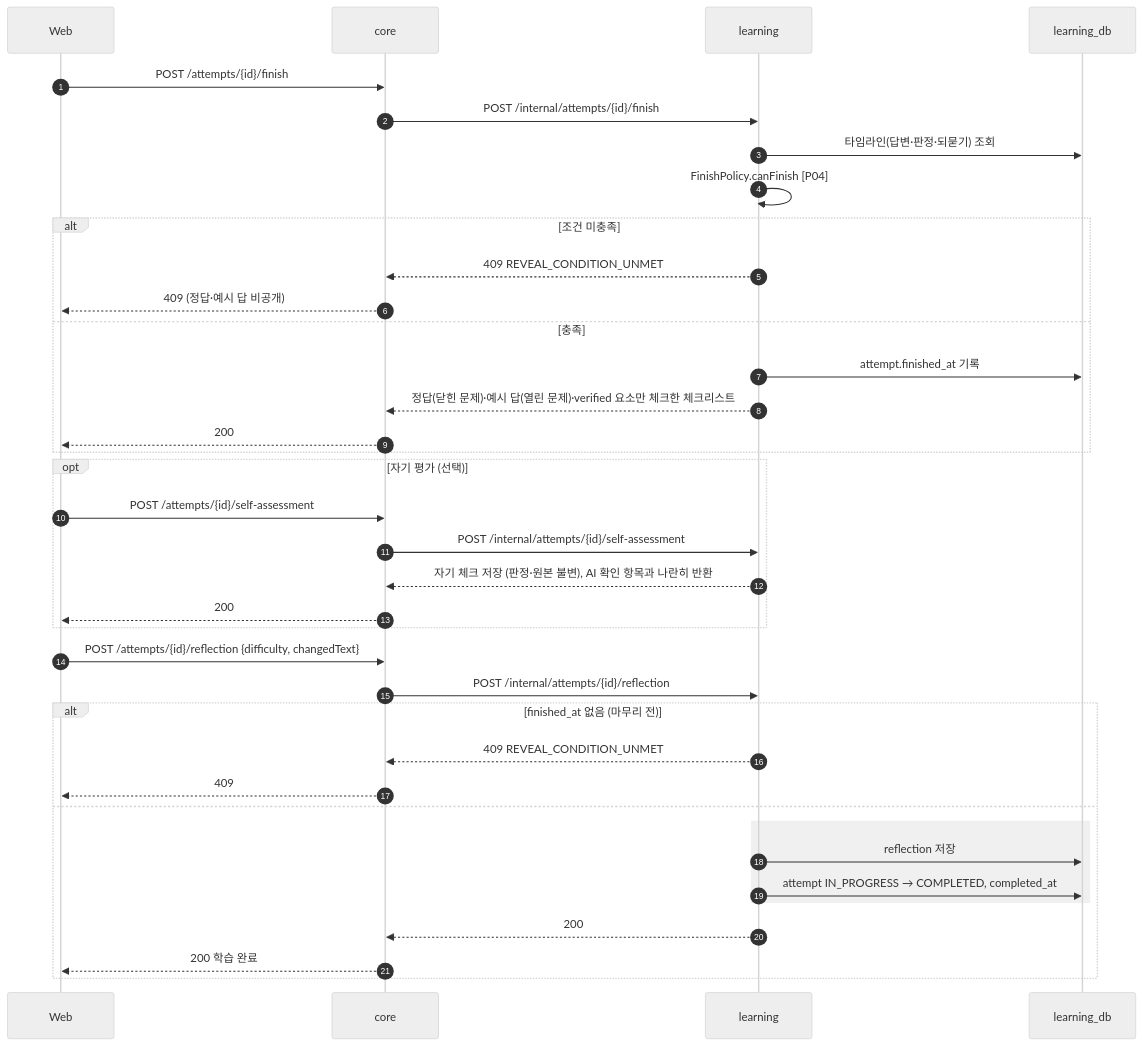
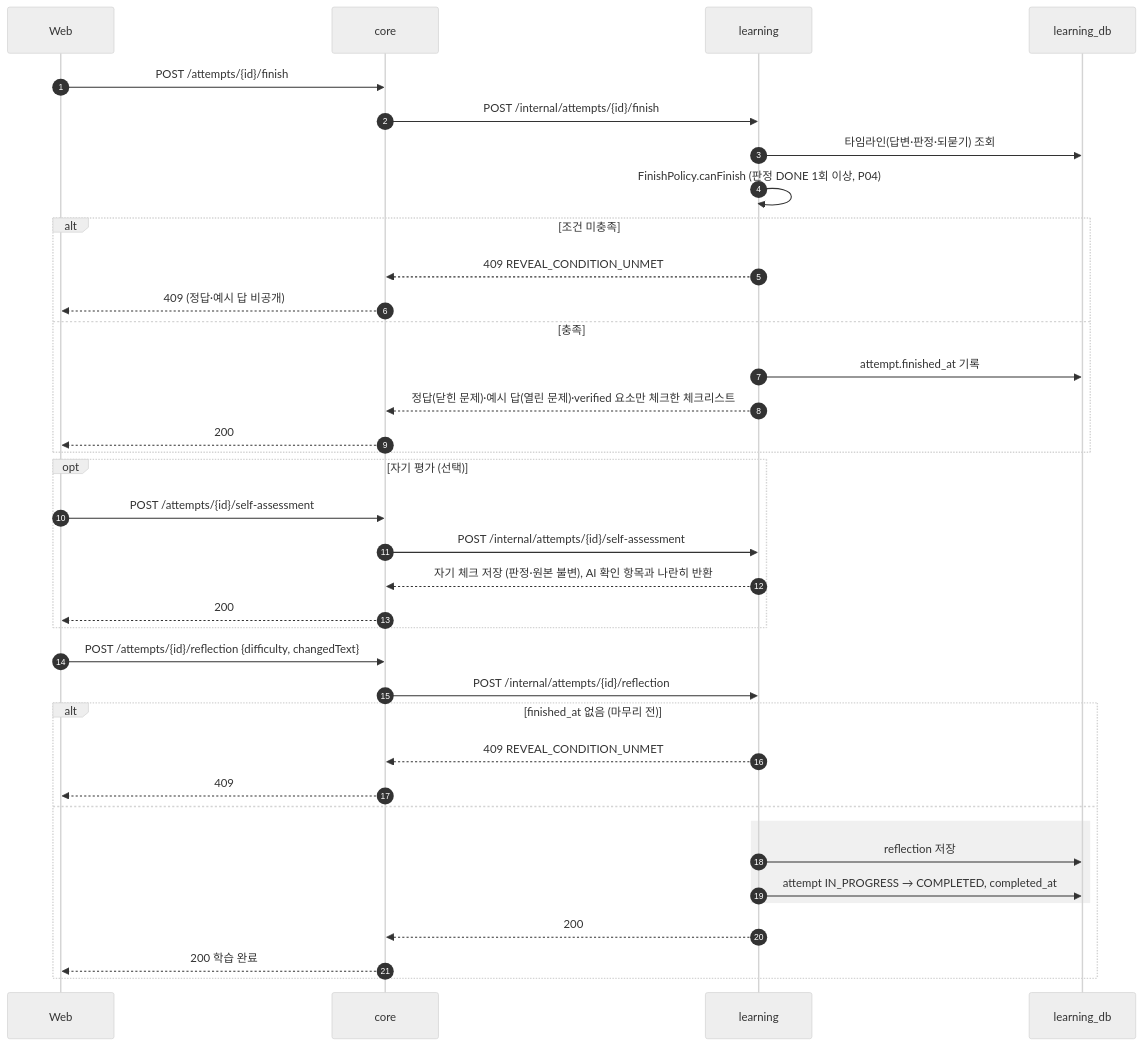
One commit to SKNETWORKS-FAMILY-AICAMP/SKN34-FINAL-3TEAM changed the seventh of 19 diagrams in docs/design/sequence-diagram.md. Above: the diagram before and after it, drawn with Mermaid (neutral theme). The commit also changed other lines of this file and 7 other files, not shown here.

````diff
--- a/docs/design/sequence-diagram.md
+++ b/docs/design/sequence-diagram.md
@@ -244,40 +270,40 @@
 ```mermaid
 sequenceDiagram
   autonumber
   participant W as Web
   participant C as core
   participant L as learning
   participant DB as learning_db
 
   W->>C: POST /attempts/{id}/finish
   C->>L: POST /internal/attempts/{id}/finish
   L->>DB: 타임라인(답변·판정·되묻기) 조회
-  L->>L: FinishPolicy.canFinish [P04]
+  L->>L: FinishPolicy.canFinish (판정 DONE 1회 이상, P04)
   alt 조건 미충족
     L-->>C: 409 REVEAL_CONDITION_UNMET
     C-->>W: 409 (정답·예시 답 비공개)
   else 충족
     L->>DB: attempt.finished_at 기록
     L-->>C: 정답(닫힌 문제)·예시 답(열린 문제)·verified 요소만 체크한 체크리스트
     C-->>W: 200
   end
   opt 자기 평가 (선택)
     W->>C: POST /attempts/{id}/self-assessment
     C->>L: POST /internal/attempts/{id}/self-assessment
     L-->>C: 자기 체크 저장 (판정·원본 불변), AI 확인 항목과 나란히 반환
     C-->>W: 200
   end
   W->>C: POST /attempts/{id}/reflection {difficulty, changedText}
   C->>L: POST /internal/attempts/{id}/reflection
   alt finished_at 없음 (마무리 전)
     L-->>C: 409 REVEAL_CONDITION_UNMET
     C-->>W: 409
   else
     rect rgba(128,128,128,0.12)
       L->>DB: reflection 저장
       L->>DB: attempt IN_PROGRESS → COMPLETED, completed_at
     end
     L-->>C: 200
     C-->>W: 200 학습 완료
   end
 ```
````
